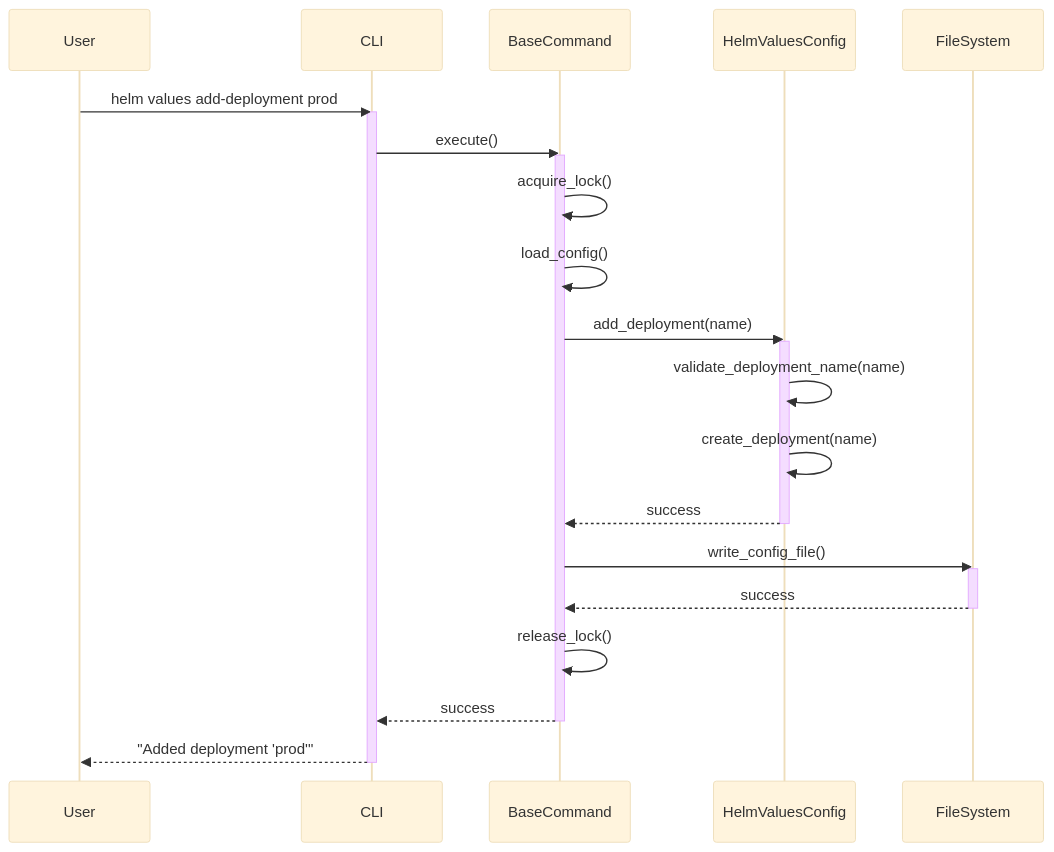
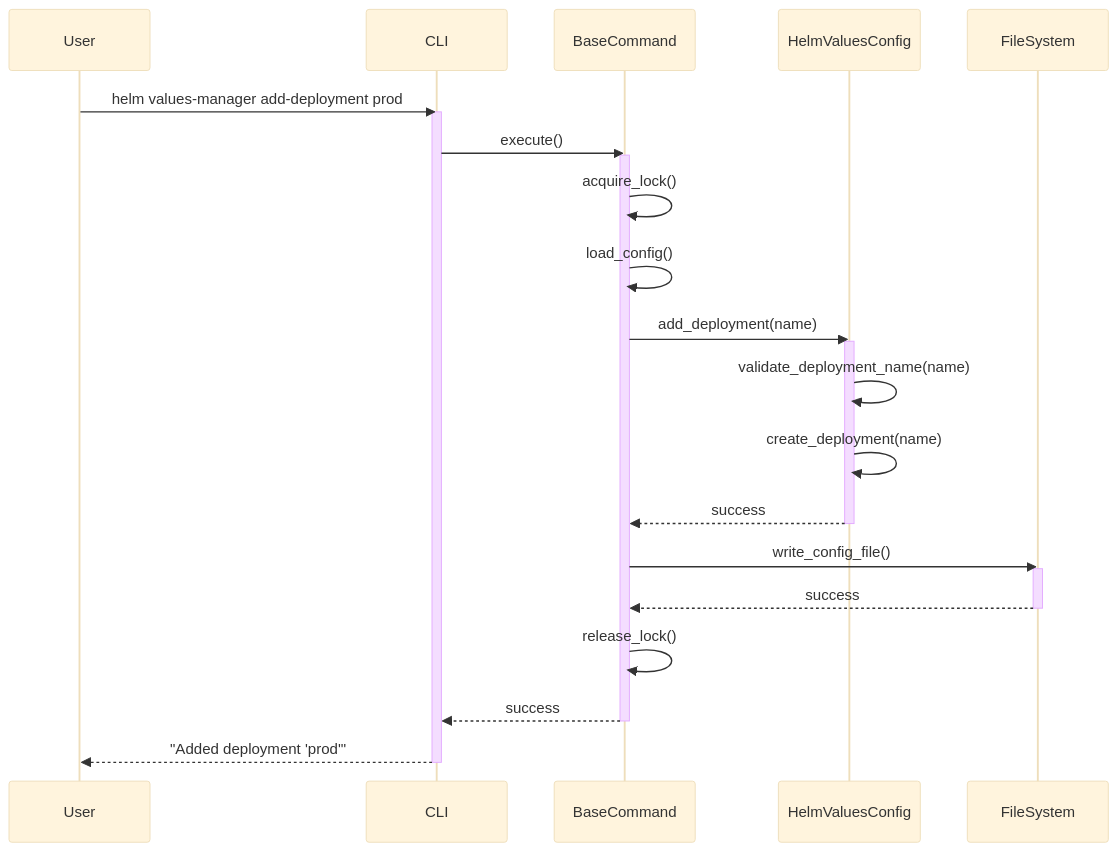
Before and after one commit to Zipstack/helm-values-manager: the third of 14 diagrams in docs/Design/sequence-diagrams.md, drawn with Mermaid (base theme). The commit also changed other lines of this file, not shown here.

First line of the commit message:
docs: update sequence diagrams with correct command flags

````diff
--- a/docs/Design/sequence-diagrams.md
+++ b/docs/Design/sequence-diagrams.md
@@ -86,35 +86,35 @@
 ```mermaid
 sequenceDiagram
     participant User
     participant CLI
     participant BaseCommand
     participant HelmValuesConfig
 
-    User->>CLI: helm values add-deployment prod
+    User->>CLI: helm values-manager add-deployment prod
     activate CLI
 
     CLI->>BaseCommand: execute()
     activate BaseCommand
 
     BaseCommand->>BaseCommand: acquire_lock()
     BaseCommand->>BaseCommand: load_config()
     BaseCommand->>HelmValuesConfig: add_deployment(name)
     activate HelmValuesConfig
 
     HelmValuesConfig->>HelmValuesConfig: validate_deployment_name(name)
     HelmValuesConfig->>HelmValuesConfig: create_deployment(name)
     HelmValuesConfig-->>BaseCommand: success
     deactivate HelmValuesConfig
 
     BaseCommand->>FileSystem: write_config_file()
     activate FileSystem
     FileSystem-->>BaseCommand: success
     deactivate FileSystem
 
     BaseCommand->>BaseCommand: release_lock()
     BaseCommand-->>CLI: success
     deactivate BaseCommand
 
     CLI-->>User: "Added deployment 'prod'"
     deactivate CLI
 ```
````
